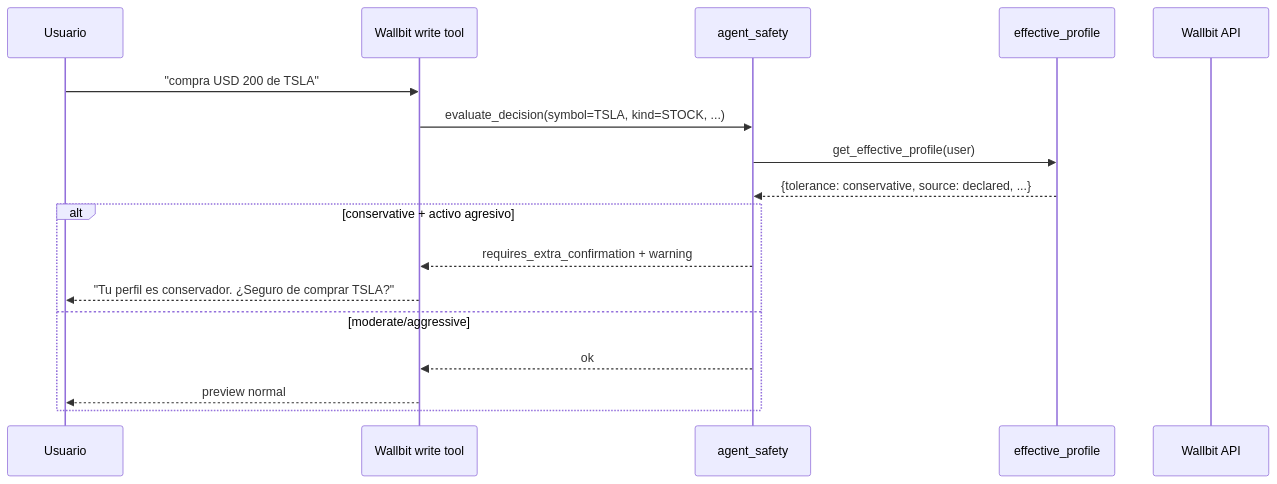
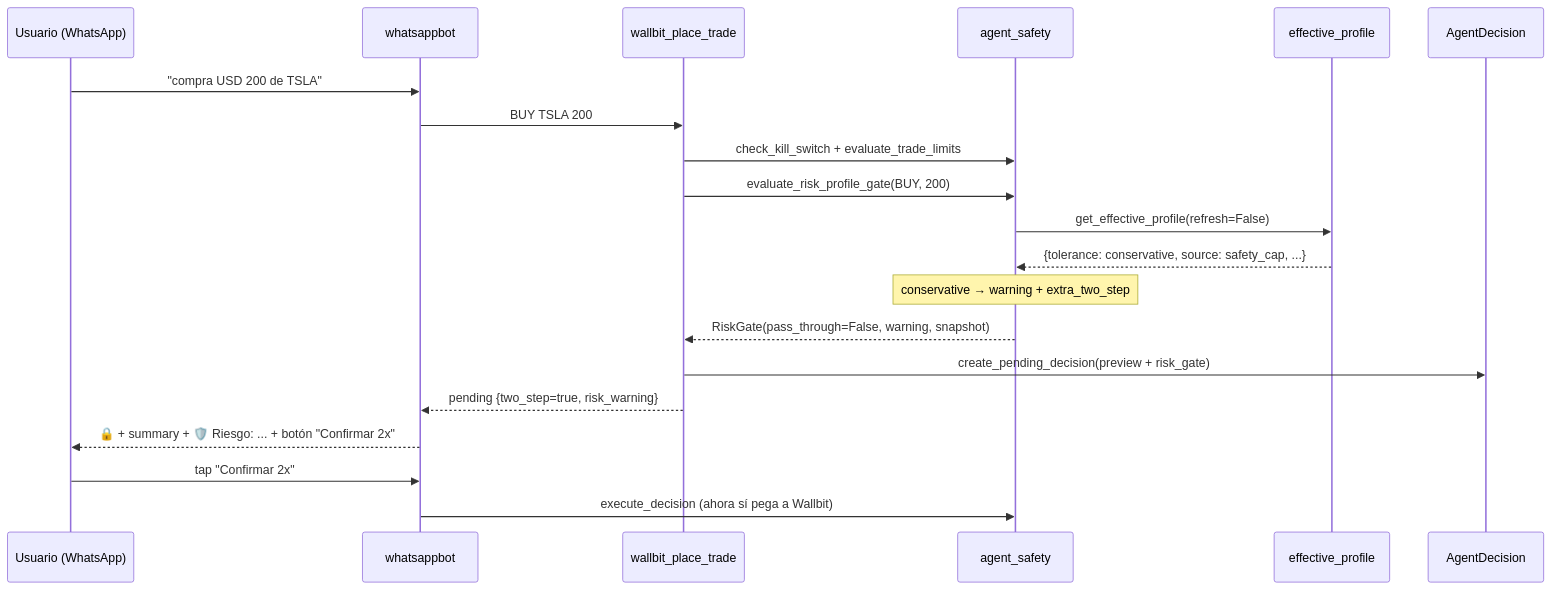
One commit to Jjat00/tresqu-api changed the fourth of 4 diagrams in docs/AGENTS_RISK_PROFILE.md. Above: the diagram before and after it, drawn with Mermaid. The commit also changed other lines of this file and 2 other files, not shown here.

First line of the commit message:
docs: document risk-profile gate for Wallbit BUYs (sub-fase 1.5)

````diff
--- a/docs/AGENTS_RISK_PROFILE.md
+++ b/docs/AGENTS_RISK_PROFILE.md
@@ -486,20 +572,23 @@
 ```mermaid
 sequenceDiagram
-    participant U as Usuario
-    participant W as Wallbit write tool
+    participant U as Usuario (WhatsApp)
+    participant BOT as whatsappbot
+    participant WT as wallbit_place_trade
     participant SF as agent_safety
     participant EP as effective_profile
-    participant WB as Wallbit API
+    participant DB as AgentDecision
 
-    U->>W: "compra USD 200 de TSLA"
-    W->>SF: evaluate_decision(symbol=TSLA, kind=STOCK, ...)
-    SF->>EP: get_effective_profile(user)
-    EP-->>SF: {tolerance: conservative, source: declared, ...}
-    alt conservative + activo agresivo
-        SF-->>W: requires_extra_confirmation + warning
-        W-->>U: "Tu perfil es conservador. ¿Seguro de comprar TSLA?"
-    else moderate/aggressive
-        SF-->>W: ok
-        W-->>U: preview normal
-    end
+    U->>BOT: "compra USD 200 de TSLA"
+    BOT->>WT: BUY TSLA 200
+    WT->>SF: check_kill_switch + evaluate_trade_limits
+    WT->>SF: evaluate_risk_profile_gate(BUY, 200)
+    SF->>EP: get_effective_profile(refresh=False)
+    EP-->>SF: {tolerance: conservative, source: safety_cap, ...}
+    Note over SF: conservative → warning + extra_two_step
+    SF-->>WT: RiskGate(pass_through=False, warning, snapshot)
+    WT->>DB: create_pending_decision(preview + risk_gate)
+    WT-->>BOT: pending {two_step=true, risk_warning}
+    BOT-->>U: 🔒 + summary + 🛡️ Riesgo: ... + botón "Confirmar 2x"
+    U->>BOT: tap "Confirmar 2x"
+    BOT->>SF: execute_decision (ahora sí pega a Wallbit)
 ```
````
